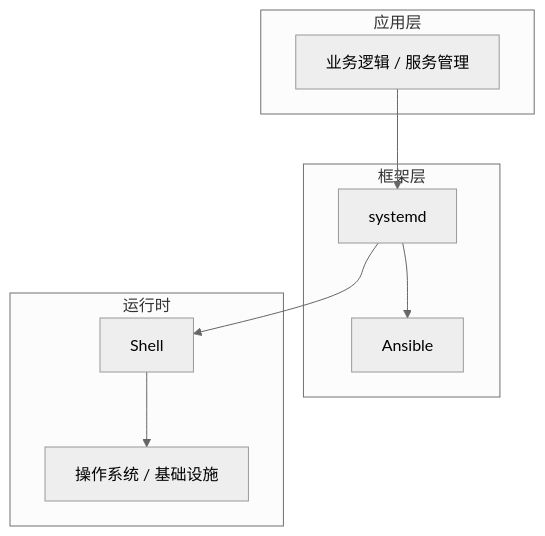
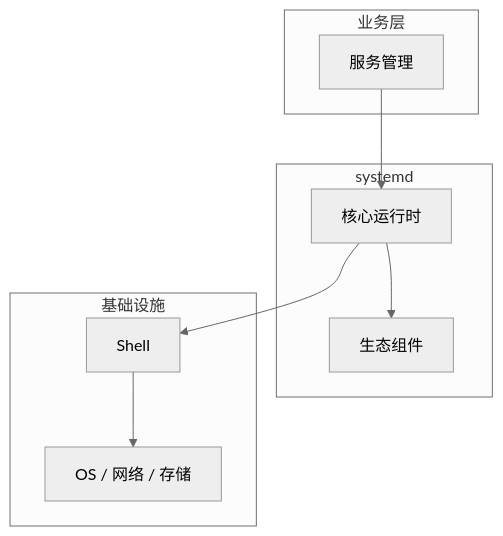
One commit to yanggan2015/knowledge-json-v2 changed the diagram in articles/Linux运维/chapters/025-服务管理核心概念与原理.md. Above: the diagram before and after it, drawn with Mermaid (neutral theme). The commit also changed other lines of this file and 10127 other files, not shown here.

````diff
--- a/articles/Linux运维/chapters/025-服务管理核心概念与原理.md
+++ b/articles/Linux运维/chapters/025-服务管理核心概念与原理.md
@@ -45,18 +34,18 @@
 ```mermaid
 graph TB
-    subgraph 应用层
-        A[业务逻辑 / 服务管理]
+    subgraph 业务层
+        A[服务管理]
     end
-    subgraph 框架层
-        B[systemd]
-        C[Ansible]
+    subgraph systemd
+        B[核心运行时]
+        C[生态组件]
     end
-    subgraph 运行时
+    subgraph 基础设施
         D[Shell]
-        E[操作系统 / 基础设施]
+        E[OS / 网络 / 存储]
     end
     A --> B
     B --> C
     B --> D
     D --> E
 ```
````
